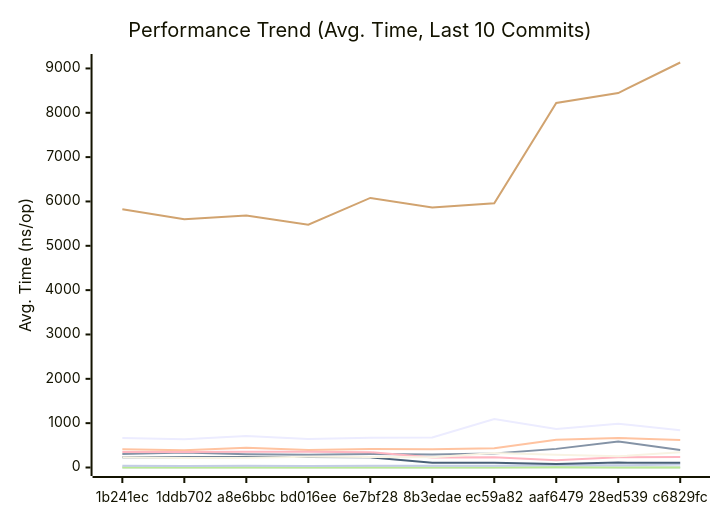
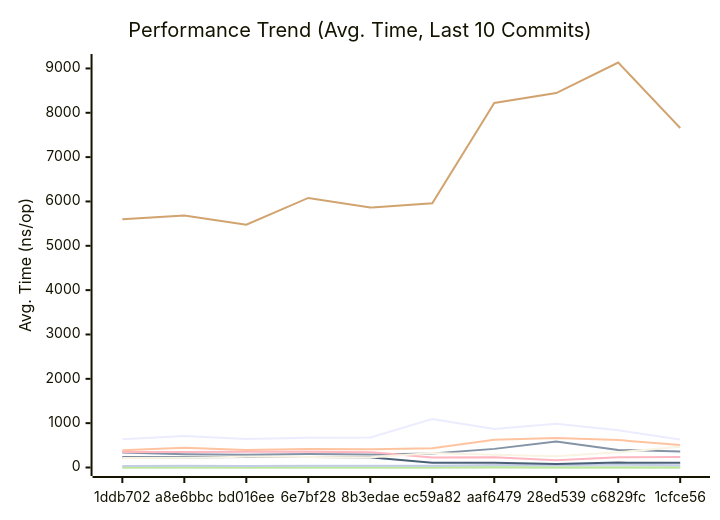
One commit to alsotoes/momo changed the first of 3 diagrams in docs/PERFORMANCE.md. Above: the diagram before and after it, drawn with Mermaid. The commit also changed other lines of this file and 8 other files, not shown here.

````diff
--- a/docs/PERFORMANCE.md
+++ b/docs/PERFORMANCE.md
@@ -128,18 +130,18 @@
 ```mermaid
 xychart-beta
     title "Performance Trend (Avg. Time, Last 10 Commits)"
     x-axis "Commit"
     y-axis "Avg. Time (ns/op)"
-    x-axis [1b241ec,1ddb702,a8e6bbc,bd016ee,6e7bf28,8b3edae,ec59a82,aaf6479,28ed539,c6829fc]
-    line "CheckMetricsAndSwap" [7,7,9,8,8,8,10,11,9,9]
-    line "CrushOptimized" [305,338,300,289,304,293,317,420,587,396]
-    line "CrushOriginal" [409,387,443,396,419,409,436,627,667,620]
-    line "IndexDirectTracking" [0,0,0,0,0,0,0,1,0,0]
-    line "IndexSearch" [2,1,2,2,2,2,2,3,2,2]
-    line "LoadGlobalConfig" [5825,5598,5683,5474,6080,5863,5958,8220,8445,9134]
-    line "PadString" [39,36,39,36,39,39,41,59,49,67]
+    x-axis [1ddb702,a8e6bbc,bd016ee,6e7bf28,8b3edae,ec59a82,aaf6479,28ed539,c6829fc,1cfce56]
+    line "CheckMetricsAndSwap" [7,9,8,8,8,10,11,9,9,8]
+    line "CrushOptimized" [338,300,289,304,293,317,420,587,396,363]
+    line "CrushOriginal" [387,443,396,419,409,436,627,667,620,506]
+    line "IndexDirectTracking" [0,0,0,0,0,0,1,0,0,0]
+    line "IndexSearch" [1,2,2,2,2,2,3,2,2,2]
+    line "LoadGlobalConfig" [5598,5683,5474,6080,5863,5958,8220,8445,9134,7656]
+    line "PadString" [36,39,36,39,39,41,59,49,67,48]
     line "ParseReplicationOrder_NoPrealloc" [350,349,357,354,345,225,229,165,232,234]
     line "ParseReplicationOrder_Prealloc" [229,231,237,234,229,108,107,80,110,109]
-    line "SanitizeLog/Safe" [229,212,222,245,238,231,326,287,252,342]
-    line "SanitizeLog/Unsafe" [667,636,710,640,671,675,1095,866,989,838]
+    line "SanitizeLog/Safe" [212,222,245,238,231,326,287,252,342,470]
+    line "SanitizeLog/Unsafe" [636,710,640,671,675,1095,866,989,838,634]
 ```
````
